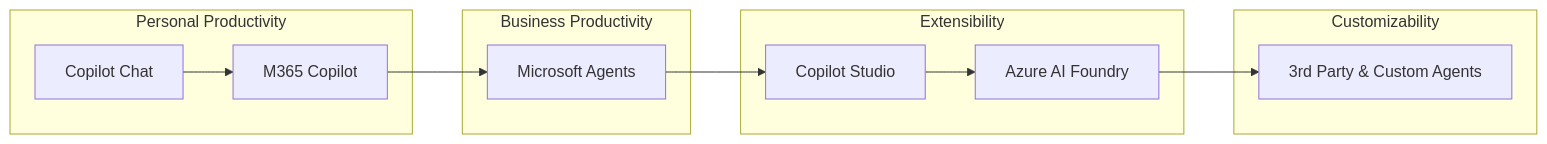
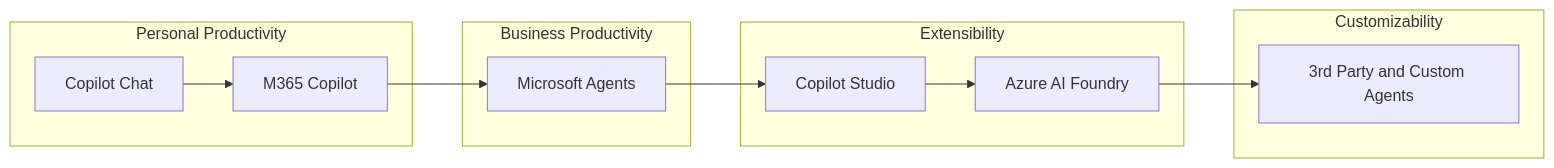
The first of 2 diagrams in profile/README.md (Cloud2BR-MSFTLearningHub/.github), drawn with Mermaid before and after one commit. The commit also changed other lines of this file, not shown here.

````diff
--- a/profile/README.md
+++ b/profile/README.md
@@ -44,22 +54,22 @@
 ```mermaid
 flowchart LR
   subgraph Personal_Productivity[Personal Productivity]
     CopilotChat[Copilot Chat] --> M365Copilot[M365 Copilot]
   end
 
   subgraph Business_Productivity[Business Productivity]
     MicrosoftAgents[Microsoft Agents]
   end
 
   subgraph Extensibility[Extensibility]
     CopilotStudio[Copilot Studio] --> AzureAIFoundry[Azure AI Foundry]
   end
 
   subgraph Customizability[Customizability]
-    ThirdPartyCustomAgents[3rd Party & Custom Agents]
+    ThirdPartyCustomAgents[3rd Party and Custom Agents]
   end
 
   M365Copilot --> MicrosoftAgents
   MicrosoftAgents --> CopilotStudio
   AzureAIFoundry --> ThirdPartyCustomAgents
 ```
````
